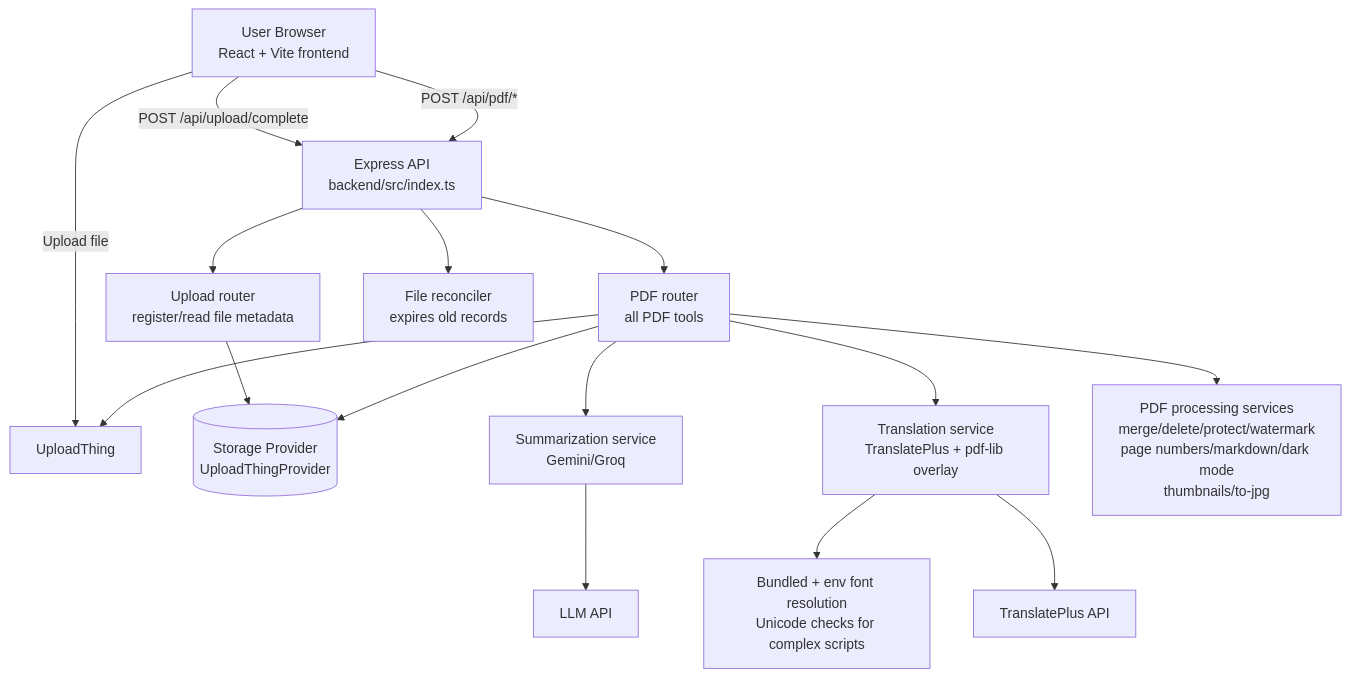
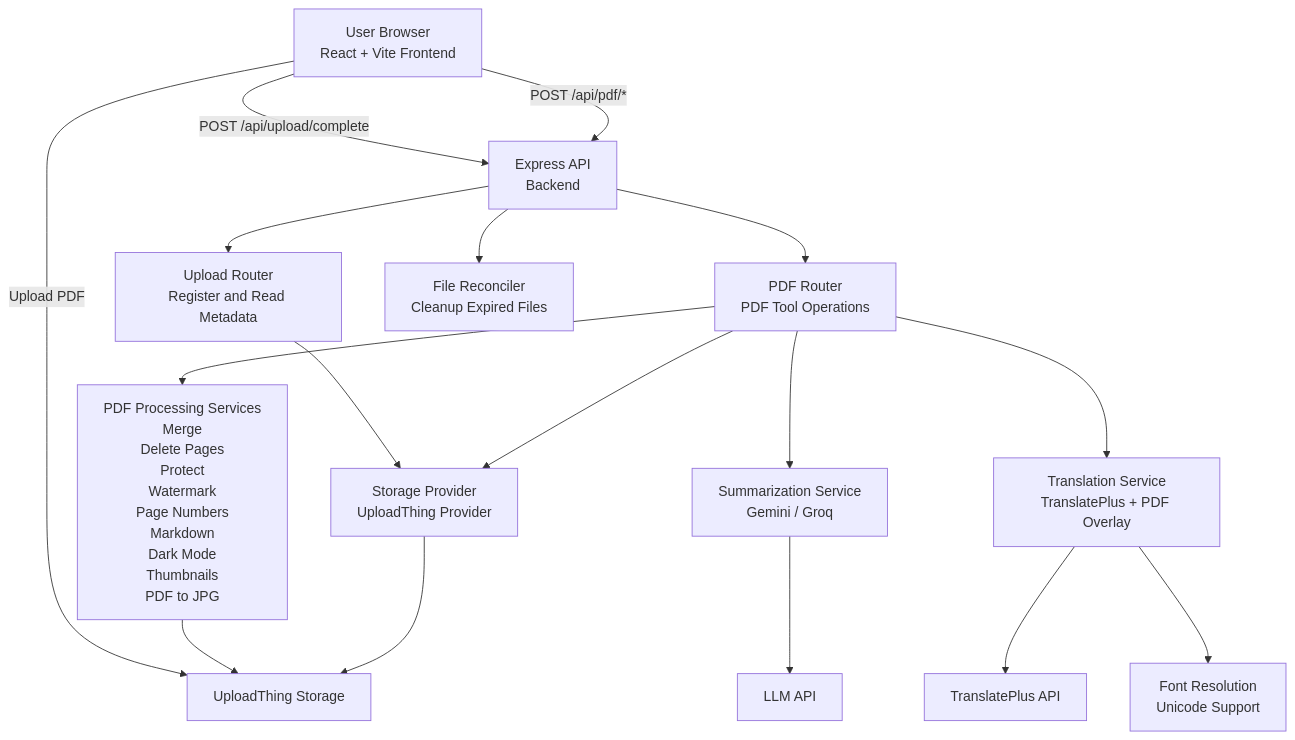
The diagram in README.md (ruchira888/Folio), drawn with Mermaid before and after one commit. The commit also changed other lines of this file, not shown here.

````diff
--- a/README.md
+++ b/README.md
@@ -37,24 +36,47 @@
 ```mermaid
 flowchart TD
-    U[User Browser\nReact + Vite frontend] -->|Upload file| UT[UploadThing]
-    U -->|POST /api/upload/complete| B[Express API\nbackend/src/index.ts]
+
+    U["User Browser<br/>React + Vite Frontend"]
+    UT["UploadThing Storage"]
+
+    B["Express API<br/>Backend"]
+
+    R["Upload Router<br/>Register and Read Metadata"]
+    P["PDF Router<br/>PDF Tool Operations"]
+
+    S["Storage Provider<br/>UploadThing Provider"]
+
+    T1["Summarization Service<br/>Gemini / Groq"]
+    T2["Translation Service<br/>TranslatePlus + PDF Overlay"]
+    T3["PDF Processing Services<br/>Merge<br/>Delete Pages<br/>Protect<br/>Watermark<br/>Page Numbers<br/>Markdown<br/>Dark Mode<br/>Thumbnails<br/>PDF to JPG"]
+
+    F["Font Resolution<br/>Unicode Support"]
+
+    AI["LLM API"]
+    TR["TranslatePlus API"]
+
+    C["File Reconciler<br/>Cleanup Expired Files"]
+
+    U -->|Upload PDF| UT
+    U -->|POST /api/upload/complete| B
     U -->|POST /api/pdf/*| B
 
-    B --> R[Upload router\nregister/read file metadata]
-    B --> P[PDF router\nall PDF tools]
+    B --> R
+    B --> P
 
-    R --> S[(Storage Provider\nUploadThingProvider)]
+    R --> S
     P --> S
 
-    P --> T1[Summarization service\nGemini/Groq]
-    P --> T2[Translation service\nTranslatePlus + pdf-lib overlay]
-    P --> T3[PDF processing services\nmerge/delete/protect/watermark\npage numbers/markdown/dark mode\nthumbnails/to-jpg]
+    P --> T1
+    P --> T2
+    P --> T3
 
-    T2 --> F[Bundled + env font resolution\nUnicode checks for complex scripts]
+    T1 --> AI
+    T2 --> TR
+    T2 --> F
 
-    T1 --> AI[LLM API]
-    T2 --> TR[TranslatePlus API]
-    P --> UT
+    T3 --> UT
+    S --> UT
 
-    B --> C[File reconciler\nexpires old records]
+    B --> C
 ```
````
